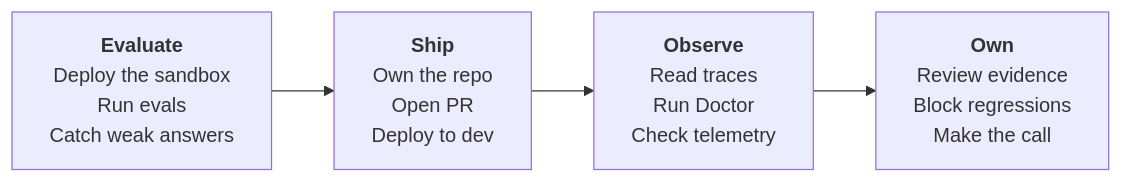
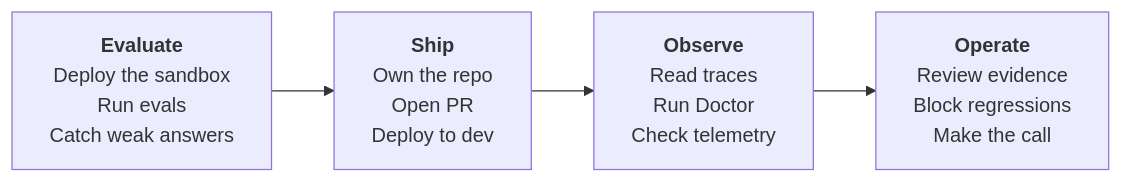
Before and after one commit to Azure/agentops: the diagram in docs/tutorial-http-agent.md, drawn with Mermaid. The commit also changed other lines of this file and 7 other files, not shown here.

Commit message:
docs: rename Own pillar to Operate

````diff
--- a/docs/tutorial-http-agent.md
+++ b/docs/tutorial-http-agent.md
@@ -13,9 +13,9 @@
 ```mermaid
 flowchart LR
     E["<b>Evaluate</b><br/>Deploy the sandbox<br/>Run evals<br/>Catch weak answers"]
     S["<b>Ship</b><br/>Own the repo<br/>Open PR<br/>Deploy to dev"]
     O["<b>Observe</b><br/>Read traces<br/>Run Doctor<br/>Check telemetry"]
-    W["<b>Own</b><br/>Review evidence<br/>Block regressions<br/>Make the call"]
+    W["<b>Operate</b><br/>Review evidence<br/>Block regressions<br/>Make the call"]
 
     E --> S --> O --> W
 ```
````
